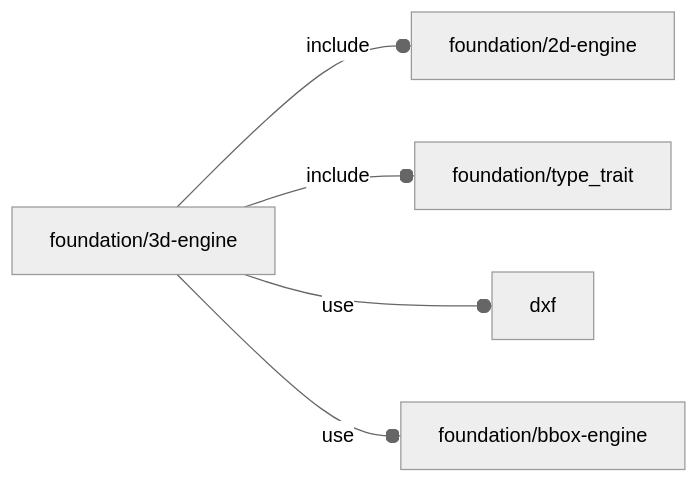
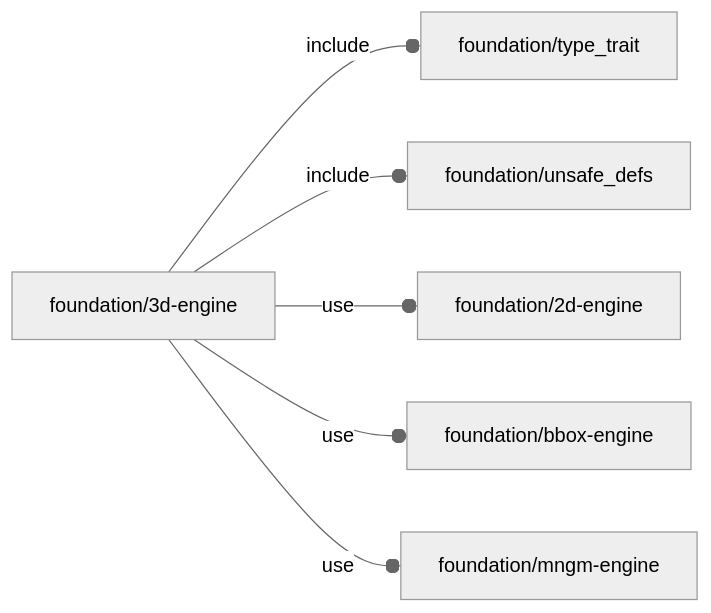
The diagram in orthodocs/foundation/3d-engine.md (ggabbiani/OFL), drawn with Mermaid (neutral theme) before and after one commit. The commit also changed other lines of this file and 16 other files, not shown here.

````diff
--- a/orthodocs/foundation/3d-engine.md
+++ b/orthodocs/foundation/3d-engine.md
@@ -5,7 +5,8 @@
 ```mermaid
 graph LR
-    A1[foundation/3d-engine] --o|include| A2[foundation/2d-engine]
-    A1 --o|include| A3[foundation/type_trait]
-    A1 --o|use| A4[dxf]
+    A1[foundation/3d-engine] --o|include| A2[foundation/type_trait]
+    A1 --o|include| A3[foundation/unsafe_defs]
+    A1 --o|use| A4[foundation/2d-engine]
     A1 --o|use| A5[foundation/bbox-engine]
+    A1 --o|use| A6[foundation/mngm-engine]
 ```
````
